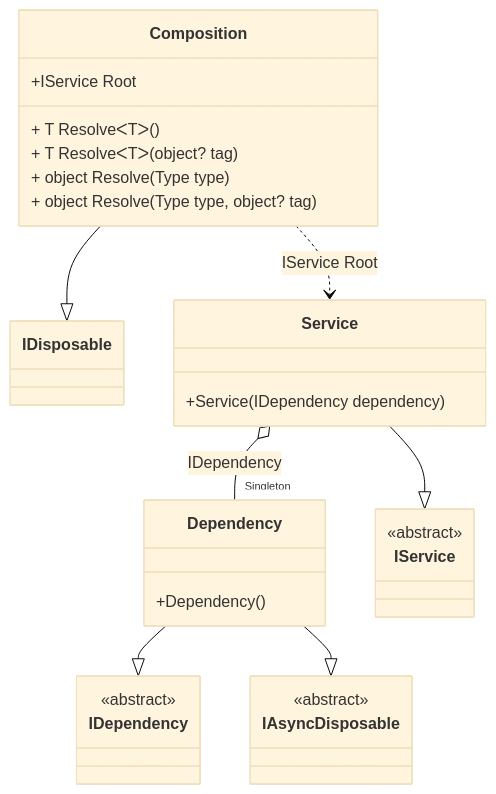
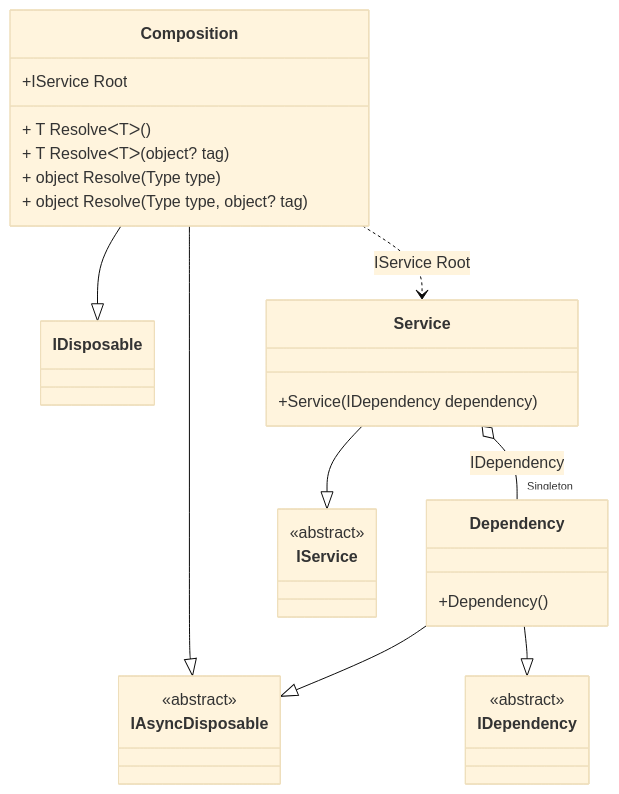
One commit to DevTeam/Pure.DI changed the diagram in readme/async-disposable-singleton.md. Above: the diagram before and after it, drawn with Mermaid (base theme). The commit also changed other lines of this file and 4 other files, not shown here.

Commit message:
The class diagram shows the dependency on IAsyncDisposable

````diff
--- a/readme/async-disposable-singleton.md
+++ b/readme/async-disposable-singleton.md
@@ -51,31 +51,32 @@
 ```mermaid
 classDiagram
   class Composition {
     +IService Root
     + T ResolveᐸTᐳ()
     + T ResolveᐸTᐳ(object? tag)
     + object Resolve(Type type)
     + object Resolve(Type type, object? tag)
   }
   Composition --|> IDisposable
+  Composition --|> IAsyncDisposable
   Dependency --|> IDependency : 
   Dependency --|> IAsyncDisposable : 
   class Dependency {
     +Dependency()
   }
   Service --|> IService : 
   class Service {
     +Service(IDependency dependency)
   }
   class IDependency {
     <<abstract>>
   }
   class IAsyncDisposable {
     <<abstract>>
   }
   class IService {
     <<abstract>>
   }
   Service o--  "Singleton" Dependency : IDependency
   Composition ..> Service : IService Root
 ```
````
